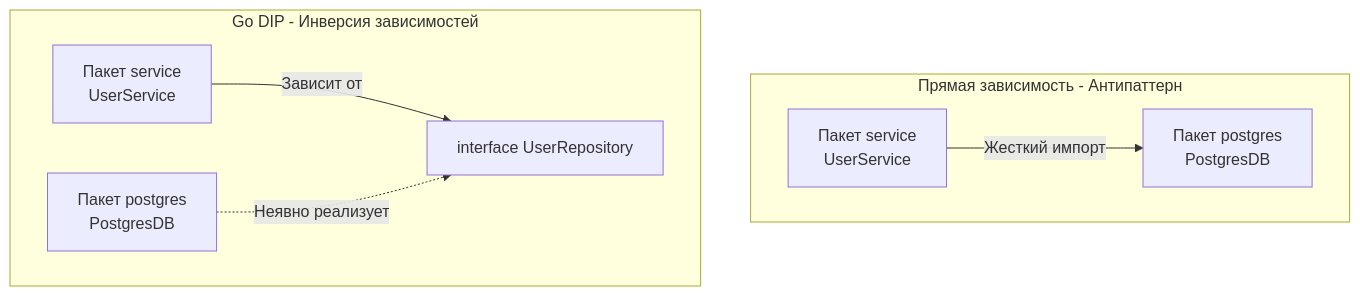
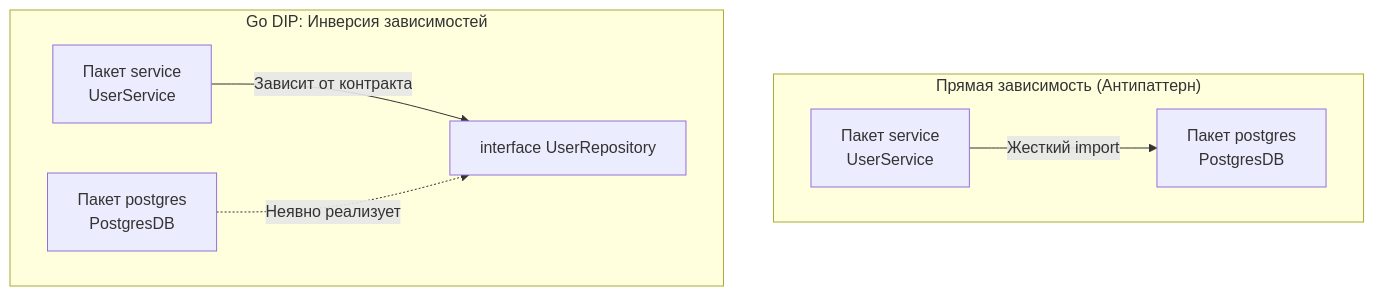
Before and after one commit to UnrealTemplier/go-textbook: the diagram in sources/4. История и философия Go/17. SOLID в мире Go. Что осталось, а что изменилось.md, drawn with Mermaid. The commit also changed other lines of this file, not shown here.

Commit message:
feat(module-04): editorial rewrite of Lecture 17 (SOLID in Go world. What remained and what changed) in Kernighan style

````diff
--- a/sources/4. История и философия Go/17. SOLID в мире Go. Что осталось, а что изменилось.md
+++ b/sources/4. История и философия Go/17. SOLID в мире Go. Что осталось, а что изменилось.md
@@ -81,10 +115,11 @@
 ```mermaid
 flowchart TD
-    subgraph BAD_DESIGN["Прямая зависимость - Антипаттерн"]
-        A1["Пакет service<br>UserService"] -->|"Жесткий импорт"| B1["Пакет postgres<br>PostgresDB"]
+    subgraph BAD_DESIGN ["Прямая зависимость (Антипаттерн)"]
+        A1["Пакет service<br>UserService"] -->|"Жесткий import"| B1["Пакет postgres<br>PostgresDB"]
     end
-    subgraph SOLID_GO ["Go DIP - Инверсия зависимостей"]
-        A2["Пакет service<br>UserService"] -->|"Зависит от"| B2["interface UserRepository"]
+
+    subgraph SOLID_GO ["Go DIP: Инверсия зависимостей"]
+        A2["Пакет service<br>UserService"] -->|"Зависит от контракта"| B2["interface UserRepository"]
         C2["Пакет postgres<br>PostgresDB"] -.->|"Неявно реализует"| B2
     end
 ```
````
